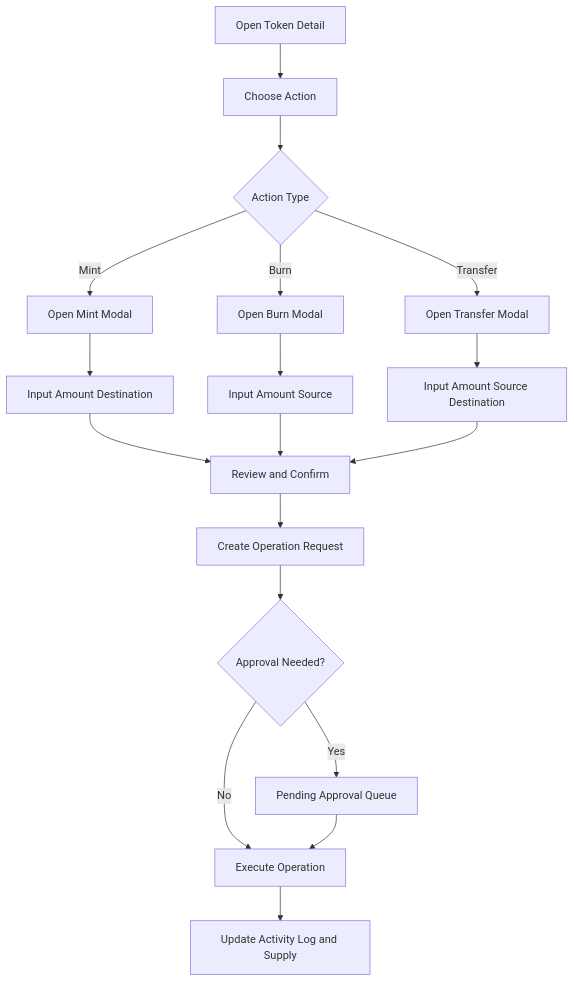
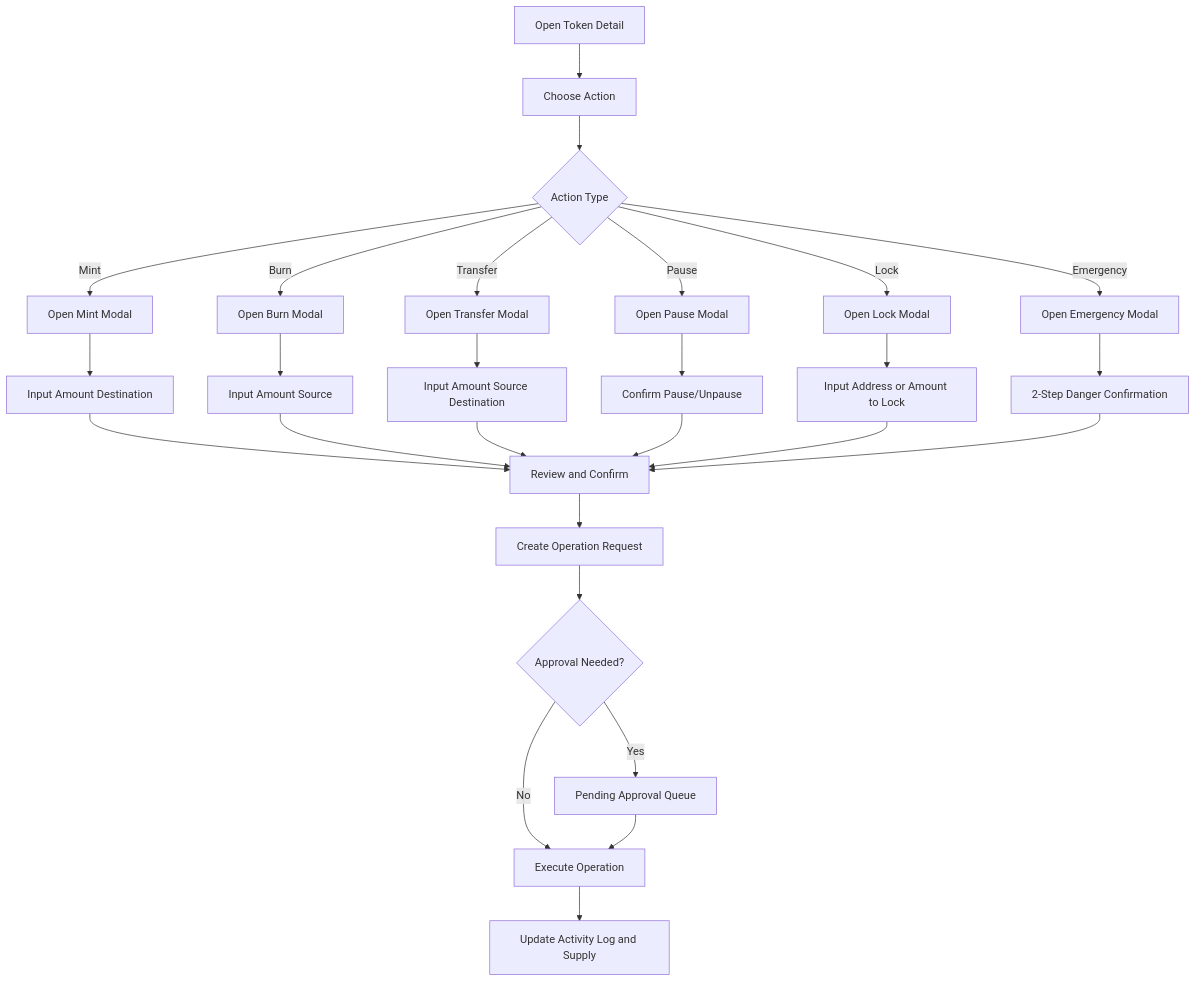
Before and after one commit to jaerius/tokenization_demo: the second of 13 diagrams in docs/UserFlow.md, drawn with Mermaid. The commit also changed other lines of this file and 12 other files, not shown here.

````diff
--- a/docs/UserFlow.md
+++ b/docs/UserFlow.md
@@ -29,20 +29,29 @@
 ```mermaid
 flowchart TD
     A[Open Token Detail] --> B[Choose Action]
     B --> C{Action Type}
     C -->|Mint| D[Open Mint Modal]
     C -->|Burn| E[Open Burn Modal]
     C -->|Transfer| F[Open Transfer Modal]
+    C -->|Pause| P[Open Pause Modal]
+    C -->|Lock| LK[Open Lock Modal]
+    C -->|Emergency| EM[Open Emergency Modal]
     D --> G[Input Amount Destination]
     E --> H[Input Amount Source]
     F --> I[Input Amount Source Destination]
+    P --> P2[Confirm Pause/Unpause]
+    LK --> LK2[Input Address or Amount to Lock]
+    EM --> EM2[2-Step Danger Confirmation]
     G --> J[Review and Confirm]
     H --> J
     I --> J
+    P2 --> J
+    LK2 --> J
+    EM2 --> J
     J --> K[Create Operation Request]
     K --> L{Approval Needed?}
     L -->|Yes| M[Pending Approval Queue]
     L -->|No| N[Execute Operation]
     M --> N
     N --> O[Update Activity Log and Supply]
 ```
````
